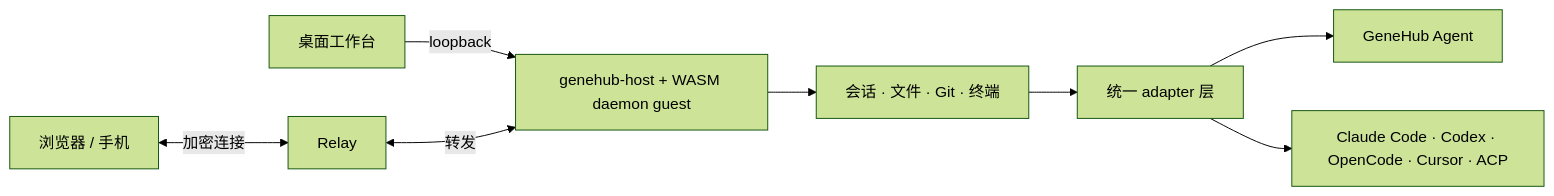
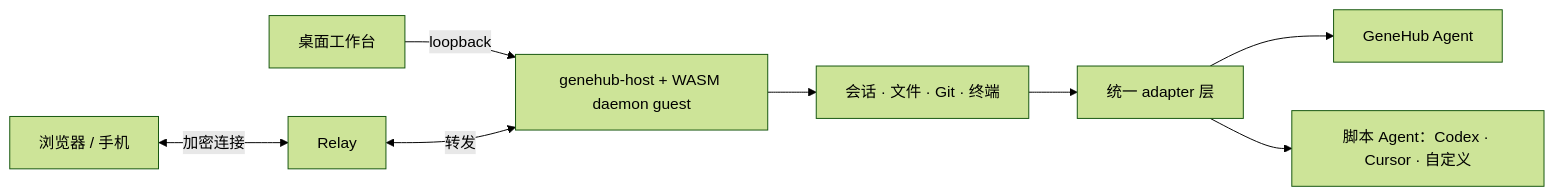
One commit to aikenc/genethub changed the diagram in README.md. Above: the diagram before and after it, drawn with Mermaid (forest theme). The commit also changed other lines of this file and 278 other files, not shown here.

````diff
--- a/README.md
+++ b/README.md
@@ -114,10 +114,10 @@
 ```mermaid
 flowchart LR
     desktop[桌面工作台] -->|loopback| daemon[genehub-host + WASM daemon guest]
     remote[浏览器 / 手机] <-->|加密连接| relay[Relay]
     relay <-->|转发| daemon
     daemon --> kernel[会话 · 文件 · Git · 终端]
     kernel --> adapters[统一 adapter 层]
     adapters --> builtin[GeneHub Agent]
-    adapters --> external[Claude Code · Codex · OpenCode · Cursor · ACP]
+    adapters --> external[脚本 Agent：Codex · Cursor · 自定义]
 ```
````
